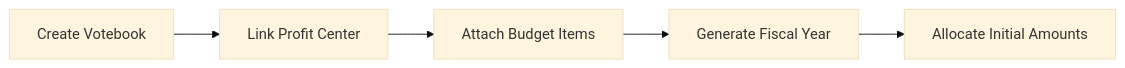
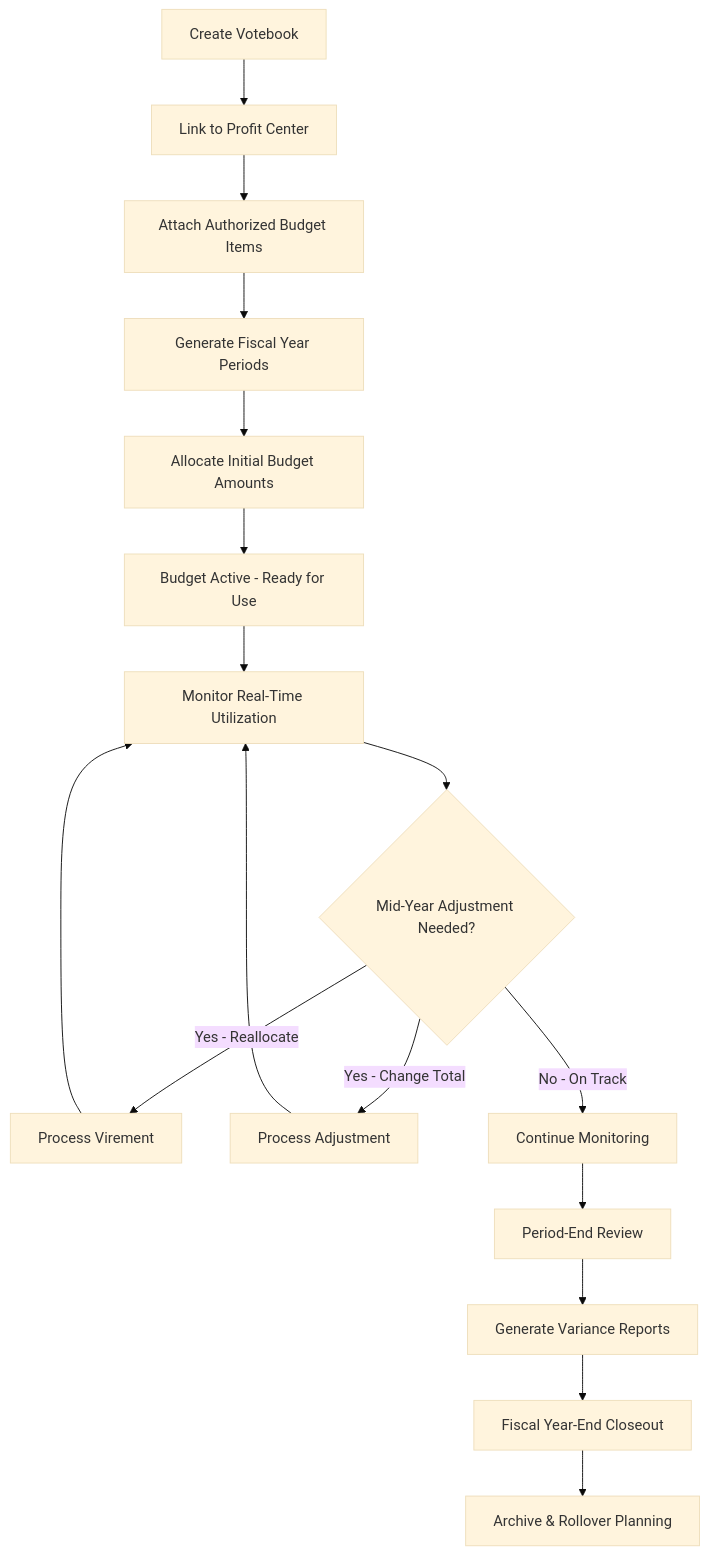
The diagram in content/en/applets/budget-applet.md (bigledger/blg-wiki), drawn with Mermaid (base theme) before and after one commit. The commit also changed other lines of this file and 1 other file, not shown here.

First line of the commit message:
Enhance Budget documentation with professional formatting and improved copywriting

````diff
--- a/content/en/applets/budget-applet.md
+++ b/content/en/applets/budget-applet.md
@@ -171,7 +789,19 @@
 ```mermaid
-graph LR
-    A[Create Votebook] --> B[Link Profit Center]
-    B --> C[Attach Budget Items]
-    C --> D[Generate Fiscal Year]
-    D --> E[Allocate Initial Amounts]
+graph TD
+    A[Create Votebook] --> B[Link to Profit Center]
+    B --> C[Attach Authorized Budget Items]
+    C --> D[Generate Fiscal Year Periods]
+    D --> E[Allocate Initial Budget Amounts]
+    E --> F[Budget Active - Ready for Use]
+    F --> G[Monitor Real-Time Utilization]
+    G --> H{Mid-Year Adjustment Needed?}
+    H -->|Yes - Reallocate| I[Process Virement]
+    H -->|Yes - Change Total| J[Process Adjustment]
+    H -->|No - On Track| K[Continue Monitoring]
+    I --> G
+    J --> G
+    K --> L[Period-End Review]
+    L --> M[Generate Variance Reports]
+    M --> N[Fiscal Year-End Closeout]
+    N --> O[Archive & Rollover Planning]
 ```
````
